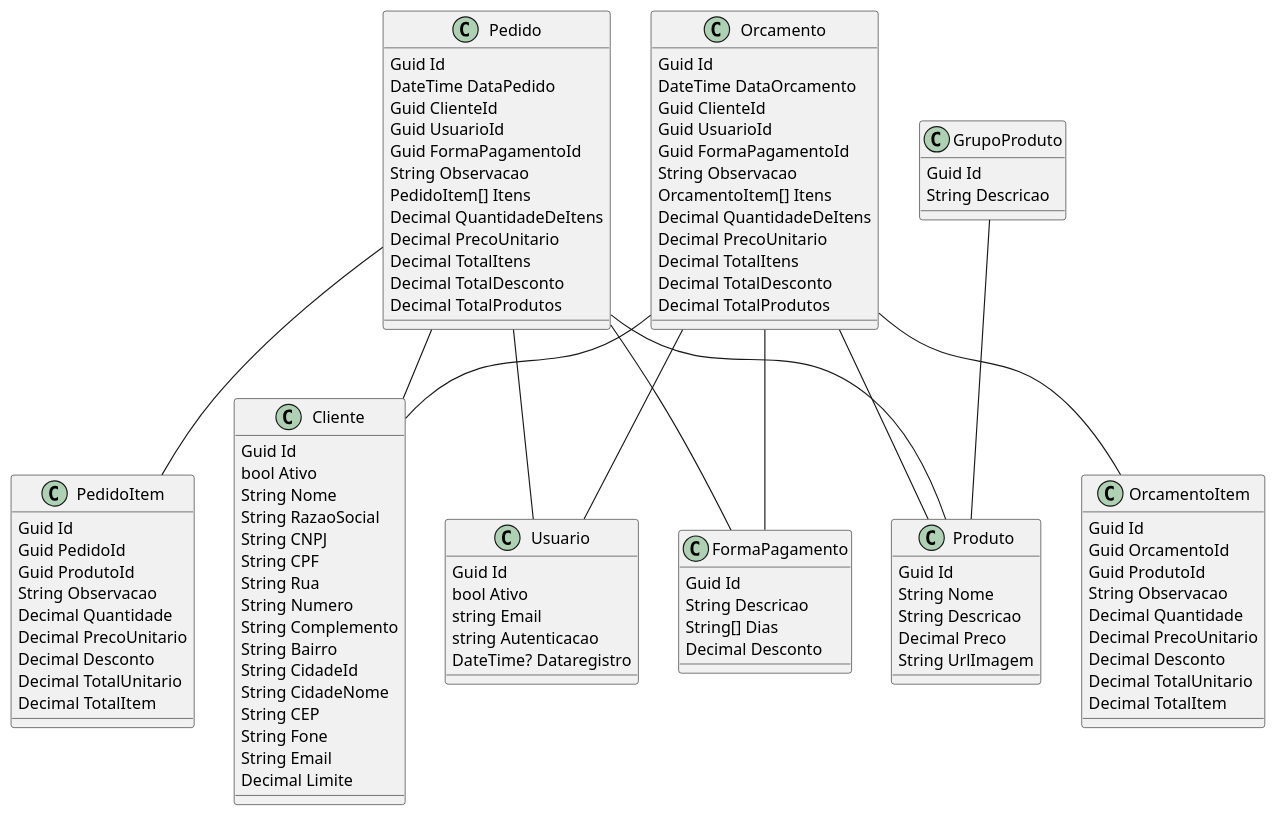
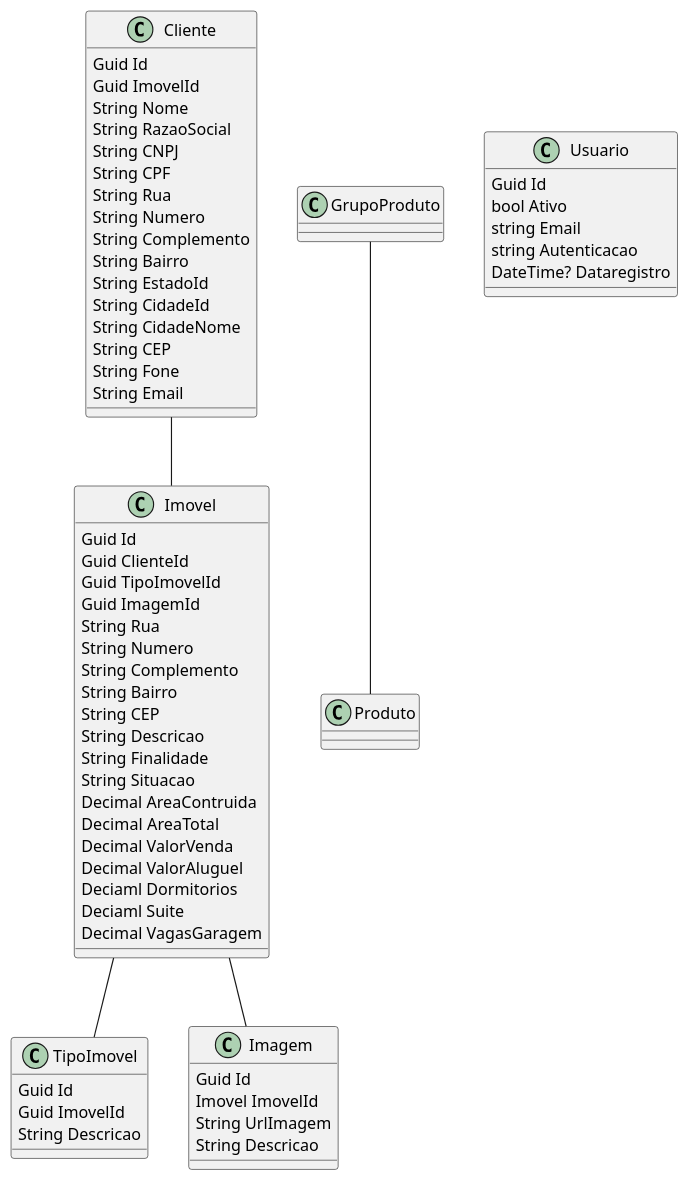
One commit to vagnersilvas/ustart-api-inicial changed the diagram in diagrama-classes.wsd. Above: the diagram before and after it, drawn with PlantUML. The commit also changed 15 other files, not shown here.

```diff
--- a/diagrama-classes.wsd
+++ b/diagrama-classes.wsd
@@ -1,119 +1,72 @@
 @startuml Diagrama de classes Botrix Ações
 
+Cliente -- Imovel
+Imovel -- TipoImovel
+Imovel -- Imagem
 
-Orcamento -- Cliente
-Orcamento -- OrcamentoItem
-Orcamento -- Usuario
-Orcamento -- FormaPagamento
-Orcamento -- Produto
 
-Pedido -- Cliente
-Pedido -- PedidoItem
-Pedido -- Usuario
-Pedido -- FormaPagamento
-Pedido -- Produto
 
 GrupoProduto -- Produto
 
 class Usuario{
     Guid Id
     bool Ativo
     string Email
     string Autenticacao    
     DateTime? Dataregistro                
 }
 
 class Cliente{
     Guid Id
-    bool Ativo
+    Guid ImovelId
     String Nome
     String RazaoSocial
     String CNPJ
     String CPF
     String Rua
     String Numero
     String Complemento
     String Bairro
+    String EstadoId
     String CidadeId
     String CidadeNome
     String CEP
     String Fone
     String Email
-    Decimal Limite
+}
+class Imovel {
+    Guid Id
+    Guid ClienteId
+    Guid TipoImovelId
+    Guid ImagemId
+    String Rua
+    String Numero
+    String Complemento
+    String Bairro
+    String CEP
+    String Descricao
+    String Finalidade
+    String Situacao
+    Decimal AreaContruida
+    Decimal AreaTotal
+    Decimal ValorVenda
+    Decimal ValorAluguel
+    Deciaml Dormitorios
+    Deciaml Suite
+    Decimal VagasGaragem
 }
 
-class GrupoProduto{
+class TipoImovel{
     Guid Id
-    String Descricao    
+    Guid ImovelId
+    String Descricao
 }
 
-class Produto{
+class Imagem{
     Guid Id
-    String Nome
+    Imovel ImovelId
+    String UrlImagem
     String Descricao
-    Decimal Preco
-    String UrlImagem
-}
-
-class FormaPagamento{
-    Guid Id
-    String Descricao
-    String[] Dias
-    Decimal Desconto
-}
-
-class Orcamento{
-    Guid Id
-    DateTime DataOrcamento
-    Guid ClienteId
-    Guid UsuarioId
-    Guid FormaPagamentoId
-    String Observacao    
-    OrcamentoItem[] Itens
-    Decimal QuantidadeDeItens
-    Decimal PrecoUnitario
-    Decimal TotalItens
-    Decimal TotalDesconto
-    Decimal TotalProdutos
-}
-
-class OrcamentoItem{
-    Guid Id    
-    Guid OrcamentoId
-    Guid ProdutoId
-    String Observacao
-    Decimal Quantidade
-    Decimal PrecoUnitario
-    Decimal Desconto
-    Decimal TotalUnitario
-    Decimal TotalItem
-}
-
-class Pedido{
-    Guid Id
-    DateTime DataPedido
-    Guid ClienteId
-    Guid UsuarioId
-    Guid FormaPagamentoId
-    String Observacao    
-    PedidoItem[] Itens
-    Decimal QuantidadeDeItens
-    Decimal PrecoUnitario
-    Decimal TotalItens
-    Decimal TotalDesconto
-    Decimal TotalProdutos
-}
-
-class PedidoItem{
-    Guid Id    
-    Guid PedidoId
-    Guid ProdutoId
-    String Observacao
-    Decimal Quantidade
-    Decimal PrecoUnitario
-    Decimal Desconto
-    Decimal TotalUnitario
-    Decimal TotalItem
 }
 
 @enduml
```
